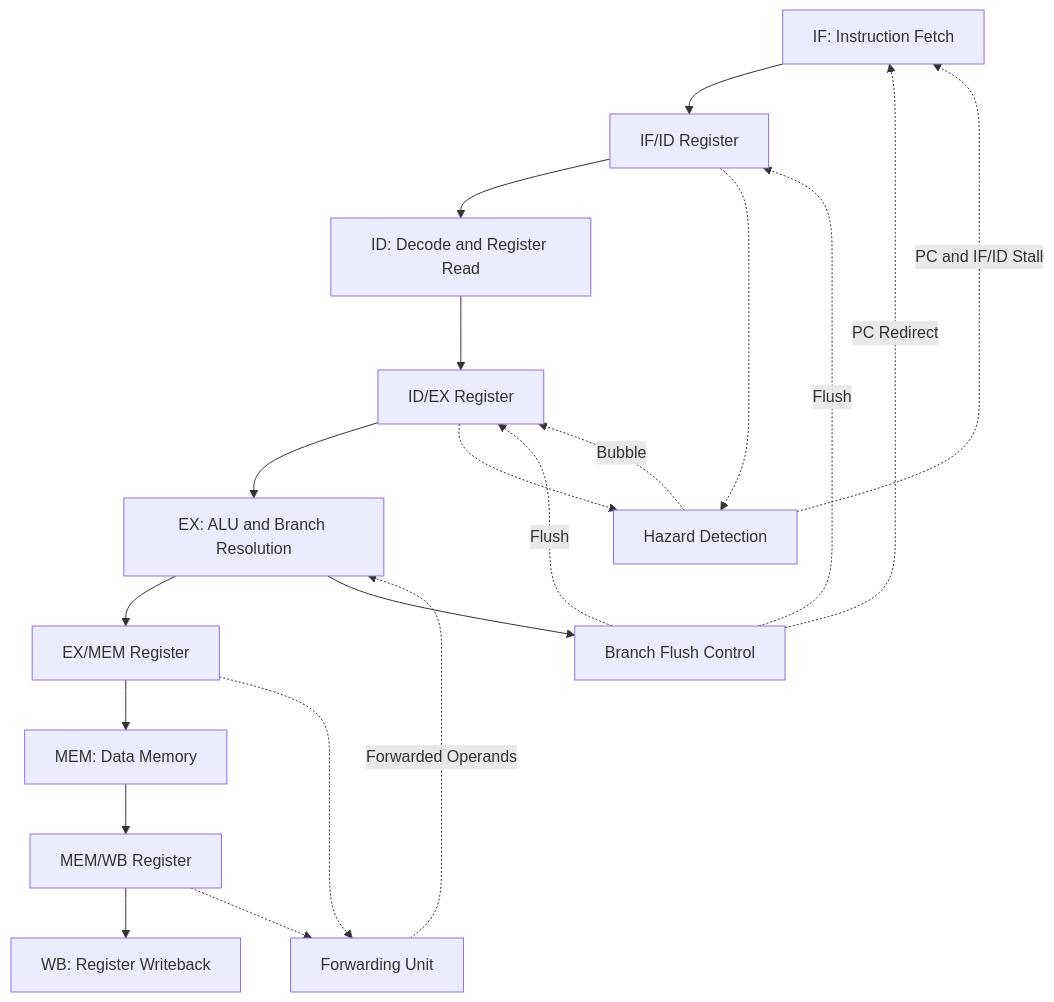
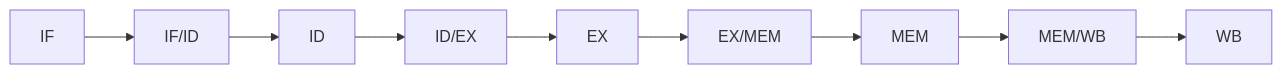
One commit to abdulazizalmodawi/RV32I-RISC-V-Processor changed the diagram in docs/architecture.md. Above: the diagram before and after it, drawn with Mermaid. The commit also changed other lines of this file, not shown here.

First line of the commit message:
Revise architecture documentation and project details

````diff
--- a/docs/architecture.md
+++ b/docs/architecture.md
@@ -128,39 +86,11 @@
 ```mermaid
-flowchart TD
-    IF["IF: Instruction Fetch"]
-    IFID["IF/ID Register"]
-    ID["ID: Decode and Register Read"]
-    IDEX["ID/EX Register"]
-    EX["EX: ALU and Branch Resolution"]
-    EXMEM["EX/MEM Register"]
-    MEM["MEM: Data Memory"]
-    MEMWB["MEM/WB Register"]
-    WB["WB: Register Writeback"]
-
-    IF --> IFID
-    IFID --> ID
-    ID --> IDEX
-    IDEX --> EX
-    EX --> EXMEM
-    EXMEM --> MEM
-    MEM --> MEMWB
-    MEMWB --> WB
-
-    HAZ["Hazard Detection"]
-    FWD["Forwarding Unit"]
-    FLUSH["Branch Flush Control"]
-
-    IFID -.-> HAZ
-    IDEX -.-> HAZ
-    HAZ -. "PC and IF/ID Stall" .-> IF
-    HAZ -. "Bubble" .-> IDEX
-
-    EXMEM -.-> FWD
-    MEMWB -.-> FWD
-    FWD -. "Forwarded Operands" .-> EX
-
-    EX --> FLUSH
-    FLUSH -. "PC Redirect" .-> IF
-    FLUSH -. "Flush" .-> IFID
-    FLUSH -. "Flush" .-> IDEX
+flowchart LR
+    IF["IF"] --> IFID["IF/ID"]
+    IFID --> ID["ID"]
+    ID --> IDEX["ID/EX"]
+    IDEX --> EX["EX"]
+    EX --> EXMEM["EX/MEM"]
+    EXMEM --> MEM["MEM"]
+    MEM --> MEMWB["MEM/WB"]
+    MEMWB --> WB["WB"]
 ```
````
